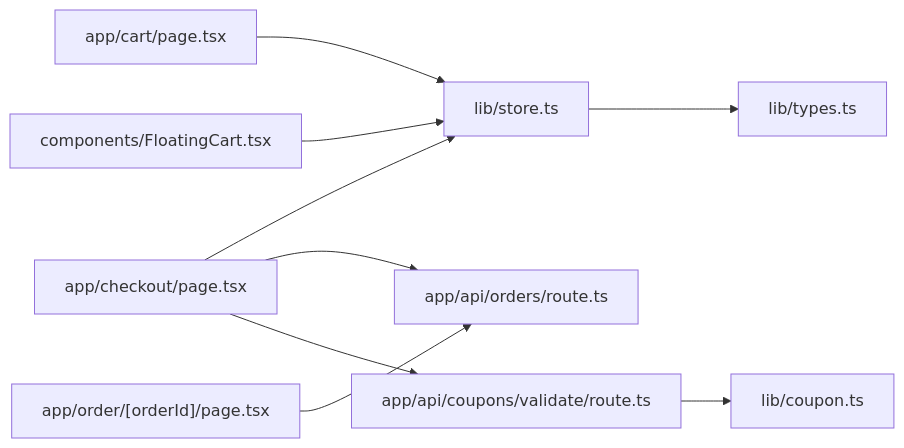
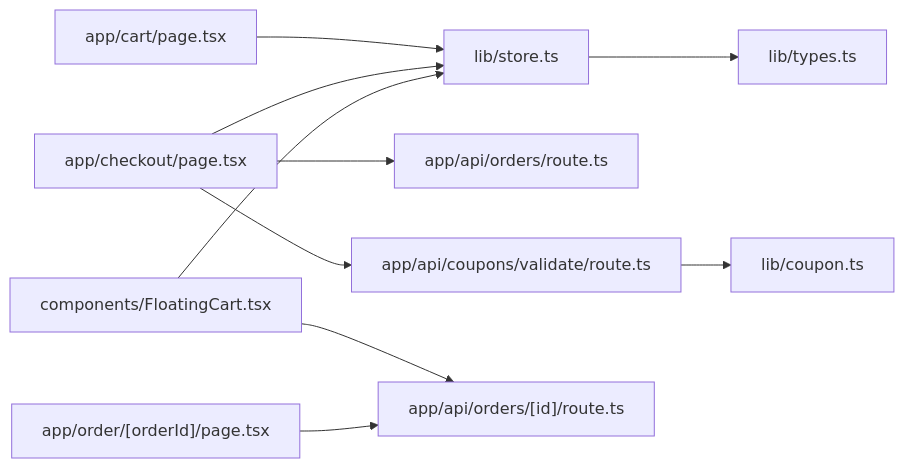
Diagram 11 of 11 in .qoder/repowiki/en/content/Core Features/Cart & Ordering System.md (Ice-Nao-Eevee/Tera_Work), drawn with Mermaid before and after one commit. The commit also changed other lines of this file and 55 other files, not shown here.

````diff
--- a/.qoder/repowiki/en/content/Core Features/Cart & Ordering System.md
+++ b/.qoder/repowiki/en/content/Core Features/Cart & Ordering System.md
@@ -415,11 +496,12 @@
 ```mermaid
 graph LR
 CartPage["app/cart/page.tsx"] --> Store["lib/store.ts"]
 CheckoutPage["app/checkout/page.tsx"] --> Store
 CheckoutPage --> OrdersAPI["app/api/orders/route.ts"]
 CheckoutPage --> CouponsAPI["app/api/coupons/validate/route.ts"]
 CouponsAPI --> CouponLib["lib/coupon.ts"]
 FloatingCart["components/FloatingCart.tsx"] --> Store
-OrderStatusPage["app/order/[orderId]/page.tsx"] --> OrdersAPI
+FloatingCart --> OrderDetailAPI["app/api/orders/[id]/route.ts"]
+OrderStatusPage["app/order/[orderId]/page.tsx"] --> OrderDetailAPI
 Store --> Types["lib/types.ts"]
 ```
````
